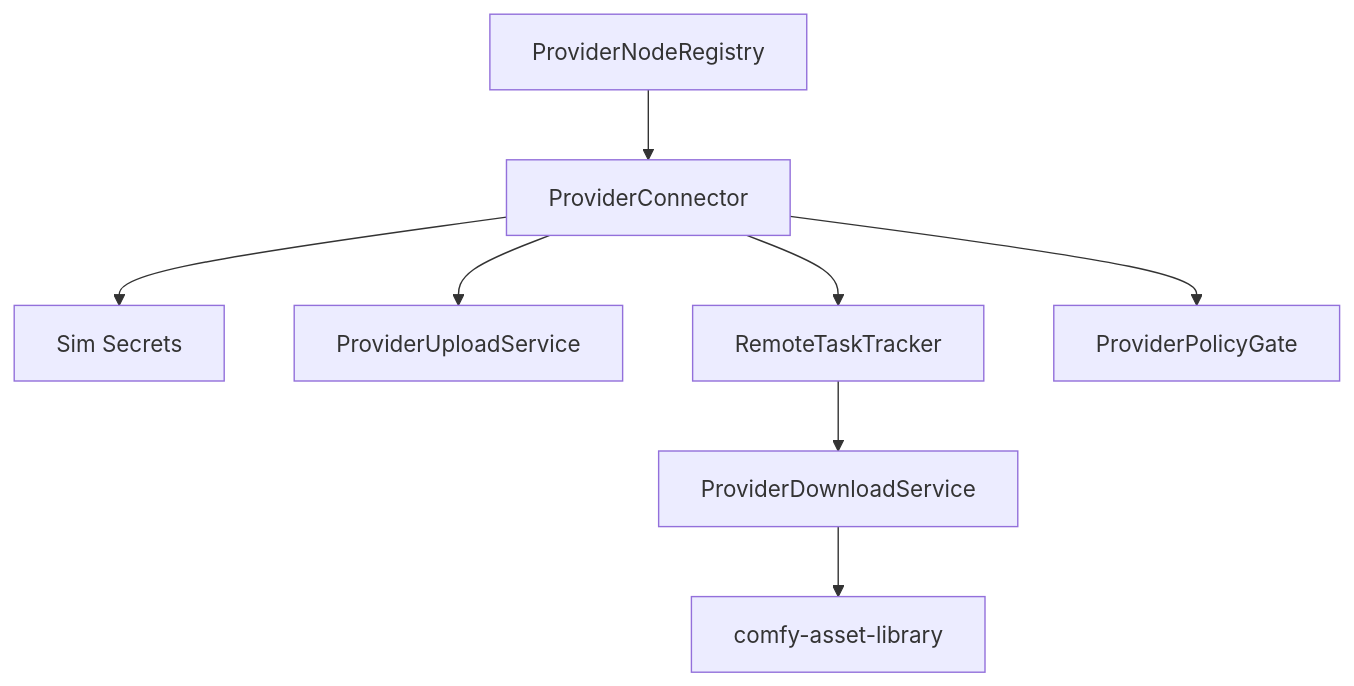
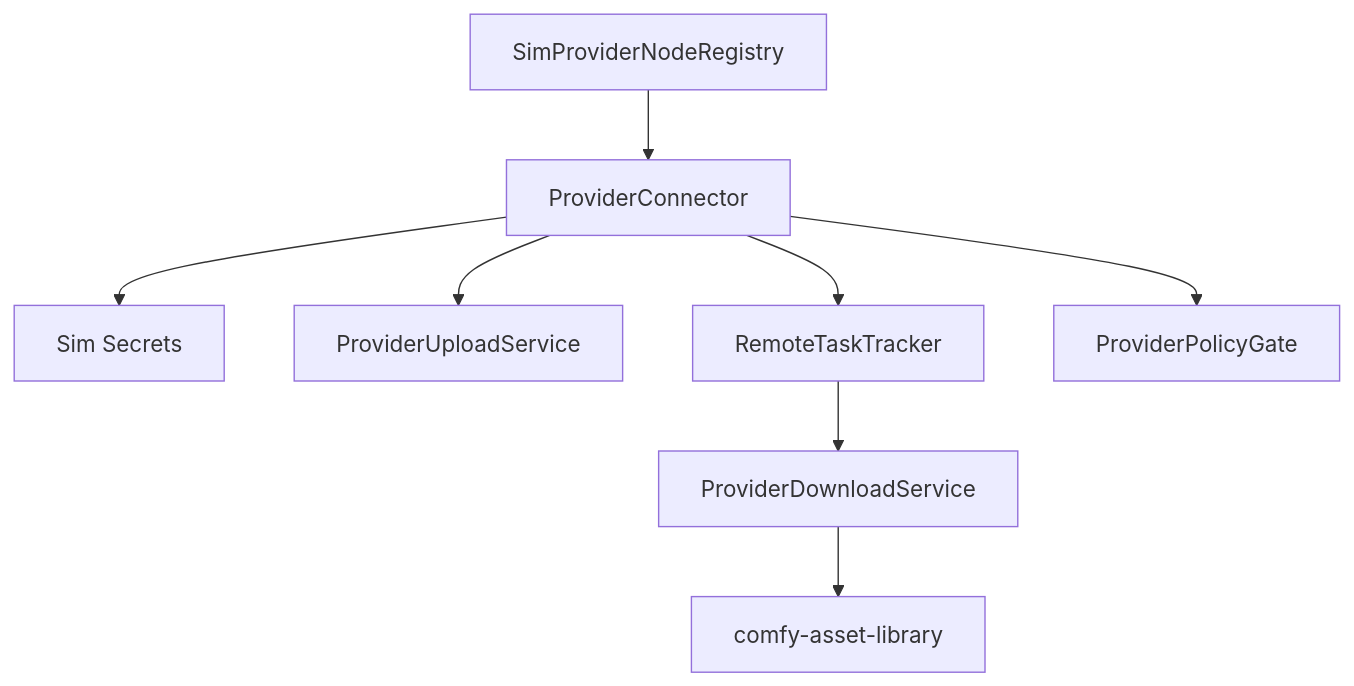
Before and after one commit to imagineerings/xor: the diagram in .agents/specs/godot-migration/comfy-api-provider-nodes/design.md, drawn with Mermaid. The commit also changed other lines of this file and 4 other files, not shown here.

First line of the commit message:
feat(world_model): add native Sim provider registry (#210)

````diff
--- a/.agents/specs/godot-migration/comfy-api-provider-nodes/design.md
+++ b/.agents/specs/godot-migration/comfy-api-provider-nodes/design.md
@@ -9,10 +9,10 @@
 ```mermaid
 flowchart TD
-    Registry[ProviderNodeRegistry] --> Connector[ProviderConnector]
+    Registry[SimProviderNodeRegistry] --> Connector[ProviderConnector]
     Connector --> Secrets[Sim Secrets]
     Connector --> Upload[ProviderUploadService]
     Connector --> Remote[RemoteTaskTracker]
     Remote --> Download[ProviderDownloadService]
     Download --> Assets[comfy-asset-library]
     Connector --> Policy[ProviderPolicyGate]
 ```
````
